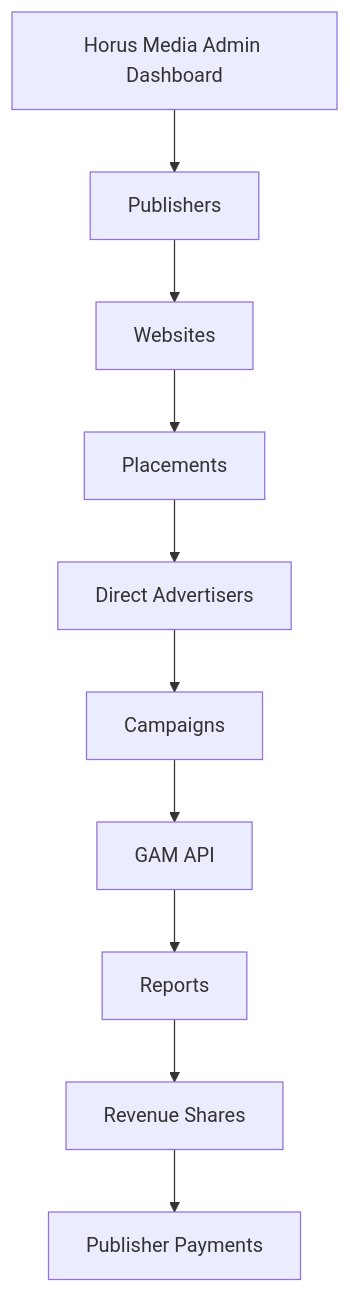
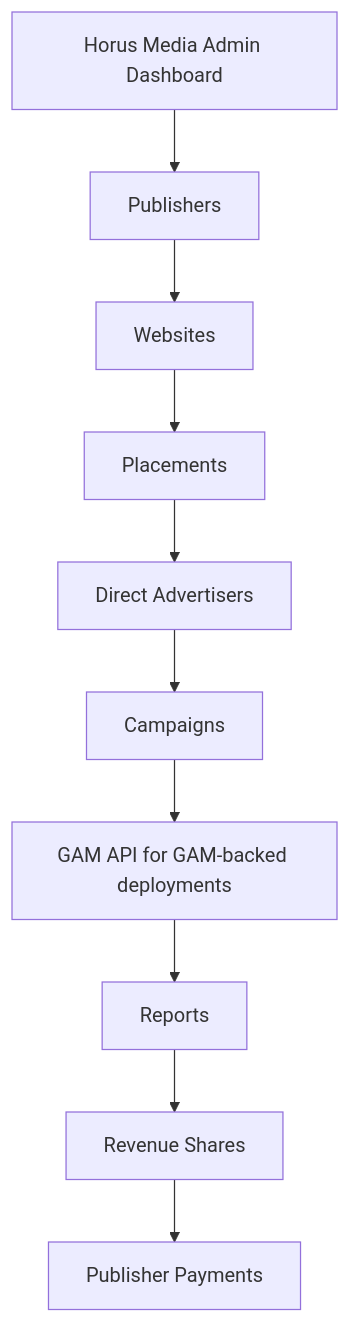
One commit to eltx1/hm01 changed the fifth of 5 diagrams in docs/ARCHITECTURE.md. Above: the diagram before and after it, drawn with Mermaid. The commit also changed other lines of this file, not shown here.

```diff
--- a/docs/ARCHITECTURE.md
+++ b/docs/ARCHITECTURE.md
@@ -30,12 +78,12 @@
 ~~~mermaid
 flowchart TD
     A["Horus Media Admin Dashboard"] --> B["Publishers"]
     B --> C["Websites"]
     C --> D["Placements"]
     D --> E["Direct Advertisers"]
     E --> F["Campaigns"]
-    F --> G["GAM API"]
+    F --> G["GAM API for GAM-backed deployments"]
     G --> H["Reports"]
     H --> I["Revenue Shares"]
     I --> J["Publisher Payments"]
 ~~~
```
